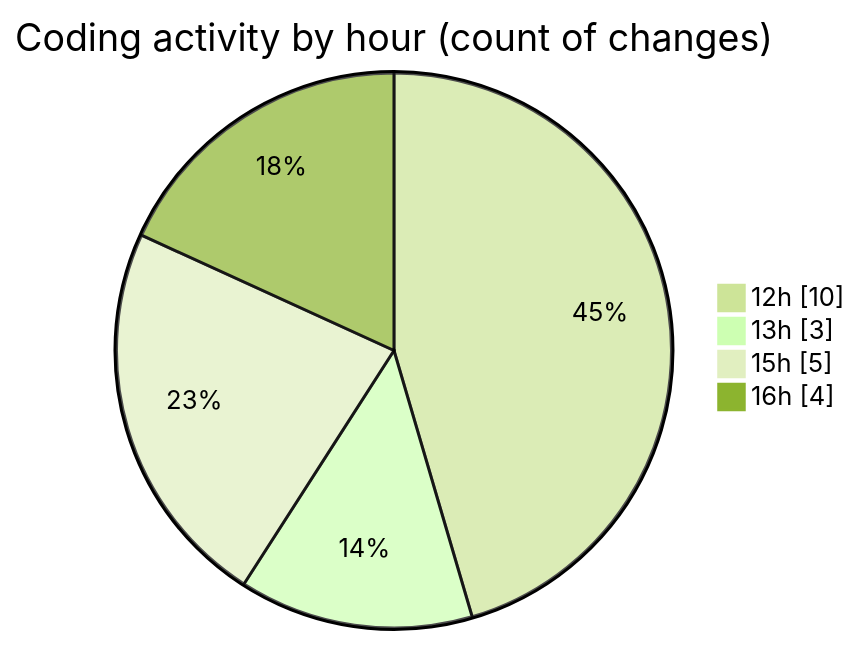
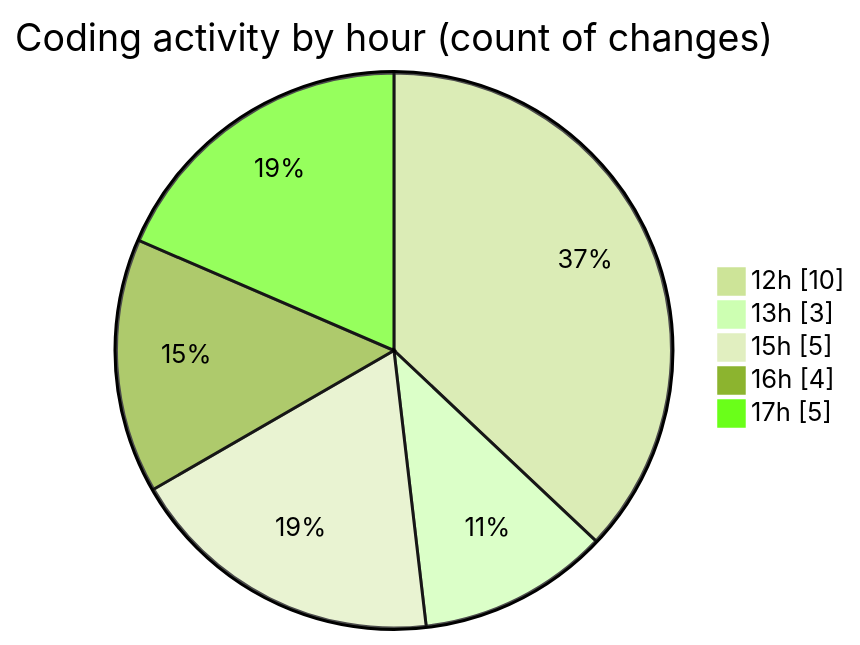
Before and after one commit to robertbonfada/code-tracking: the second of 2 diagrams in 2025-03-04/simulador-serial/README.md, drawn with Mermaid (forest theme). The commit also changed other lines of this file and 1 other file, not shown here.

````diff
--- a/2025-03-04/simulador-serial/README.md
+++ b/2025-03-04/simulador-serial/README.md
@@ -37,8 +37,9 @@
 ```mermaid
 pie showData
 title Coding activity by hour (count of changes)
 "12h" : 10
 "13h" : 3
 "15h" : 5
 "16h" : 4
+"17h" : 5
 ```
````
